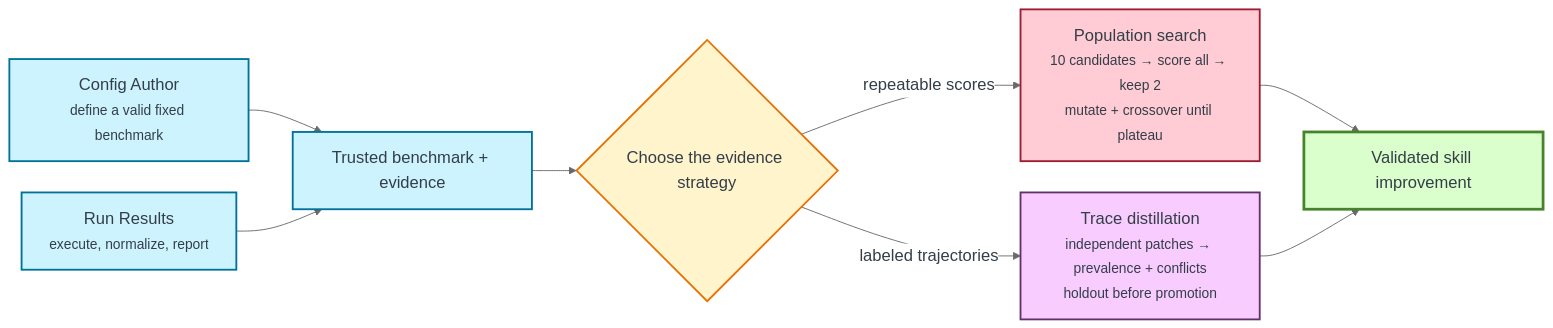
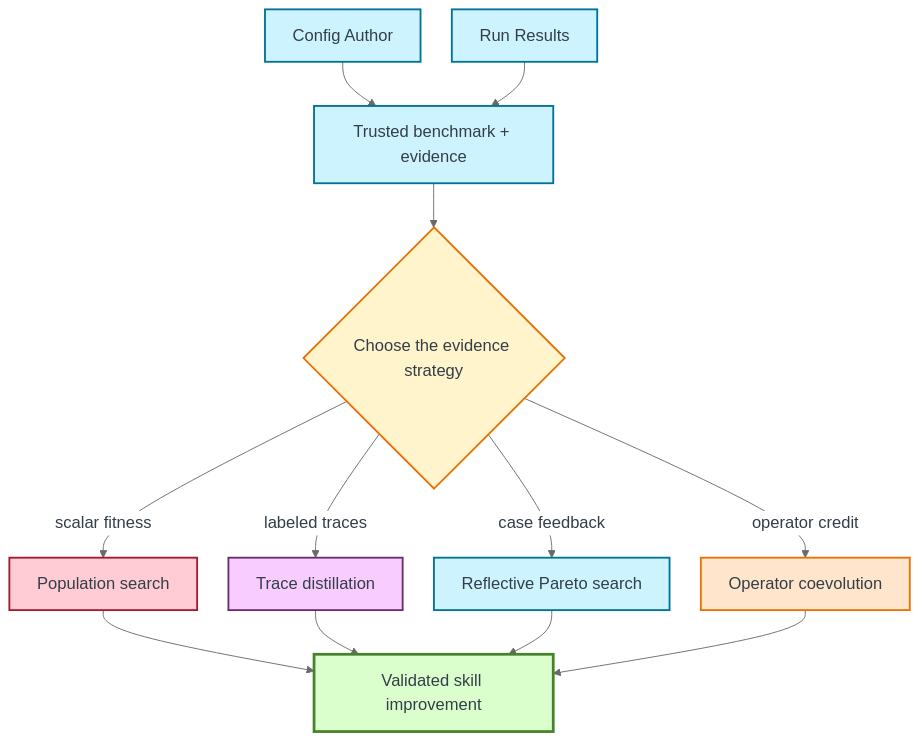
One commit to mvk-001/skill-arena changed the diagram in docs/assets/improvement-workflows.mmd. Above: the diagram before and after it, drawn with Mermaid. The commit also changed 240 other files, not shown here.

```diff
--- a/docs/assets/improvement-workflows.mmd
+++ b/docs/assets/improvement-workflows.mmd
@@ -1,27 +1,35 @@
 %%{init: {"theme":"base","fontFamily":"Open Sans, Arial, sans-serif","themeVariables":{"fontFamily":"Open Sans, Arial, sans-serif","fontSize":"18px","primaryColor":"#cdf3ff","primaryTextColor":"#333e48","primaryBorderColor":"#007298","secondaryColor":"#fff4cc","secondaryTextColor":"#333e48","secondaryBorderColor":"#e77204","tertiaryColor":"#f9ccff","tertiaryTextColor":"#333e48","tertiaryBorderColor":"#652f6c","lineColor":"#696969","textColor":"#333e48","mainBkg":"#ffffff","clusterBkg":"#f7f7f7","clusterBorder":"#cfcfcf","edgeLabelBackground":"#ffffff"},"flowchart":{"curve":"basis","nodeSpacing":34,"rankSpacing":48,"htmlLabels":true}}}%%
-flowchart LR
-    author["Config Author<br/><small>define a valid fixed benchmark</small>"]
-    runner["Run Results<br/><small>execute, normalize, report</small>"]
+flowchart TB
+    author["Config Author"]
+    runner["Run Results"]
     benchmark["Trusted benchmark + evidence"]
     choice{"Choose the evidence strategy"}
 
     author --> benchmark
     runner --> benchmark
     benchmark --> choice
 
-    choice -->|"repeatable scores"| population["Population search<br/><small>10 candidates → score all → keep 2<br/>mutate + crossover until plateau</small>"]
-    choice -->|"labeled trajectories"| traceStrategy["Trace distillation<br/><small>independent patches → prevalence + conflicts<br/>holdout before promotion</small>"]
+    choice -->|"scalar fitness"| population["Population search"]
+    choice -->|"labeled traces"| traceStrategy["Trace distillation"]
+    choice -->|"case feedback"| pareto["Reflective Pareto search"]
+    choice -->|"operator credit"| coevolution["Operator coevolution"]
 
     population --> winner["Validated skill improvement"]
     traceStrategy --> winner
+    pareto --> winner
+    coevolution --> winner
 
     classDef support fill:#cdf3ff,stroke:#007298,color:#333e48,stroke-width:2px;
     classDef decision fill:#fff4cc,stroke:#e77204,color:#333e48,stroke-width:2px;
     classDef genetic fill:#ffccd5,stroke:#9e1b32,color:#333e48,stroke-width:2px;
     classDef traced fill:#f9ccff,stroke:#652f6c,color:#333e48,stroke-width:2px;
+    classDef pareto fill:#cdf3ff,stroke:#007298,color:#333e48,stroke-width:2px;
+    classDef coevolution fill:#ffe5cc,stroke:#e77204,color:#333e48,stroke-width:2px;
     classDef result fill:#dbffcc,stroke:#45842a,color:#333e48,stroke-width:3px;
     class author,runner,benchmark support;
     class choice decision;
     class population genetic;
     class traceStrategy traced;
+    class pareto pareto;
+    class coevolution coevolution;
     class winner result;
```
